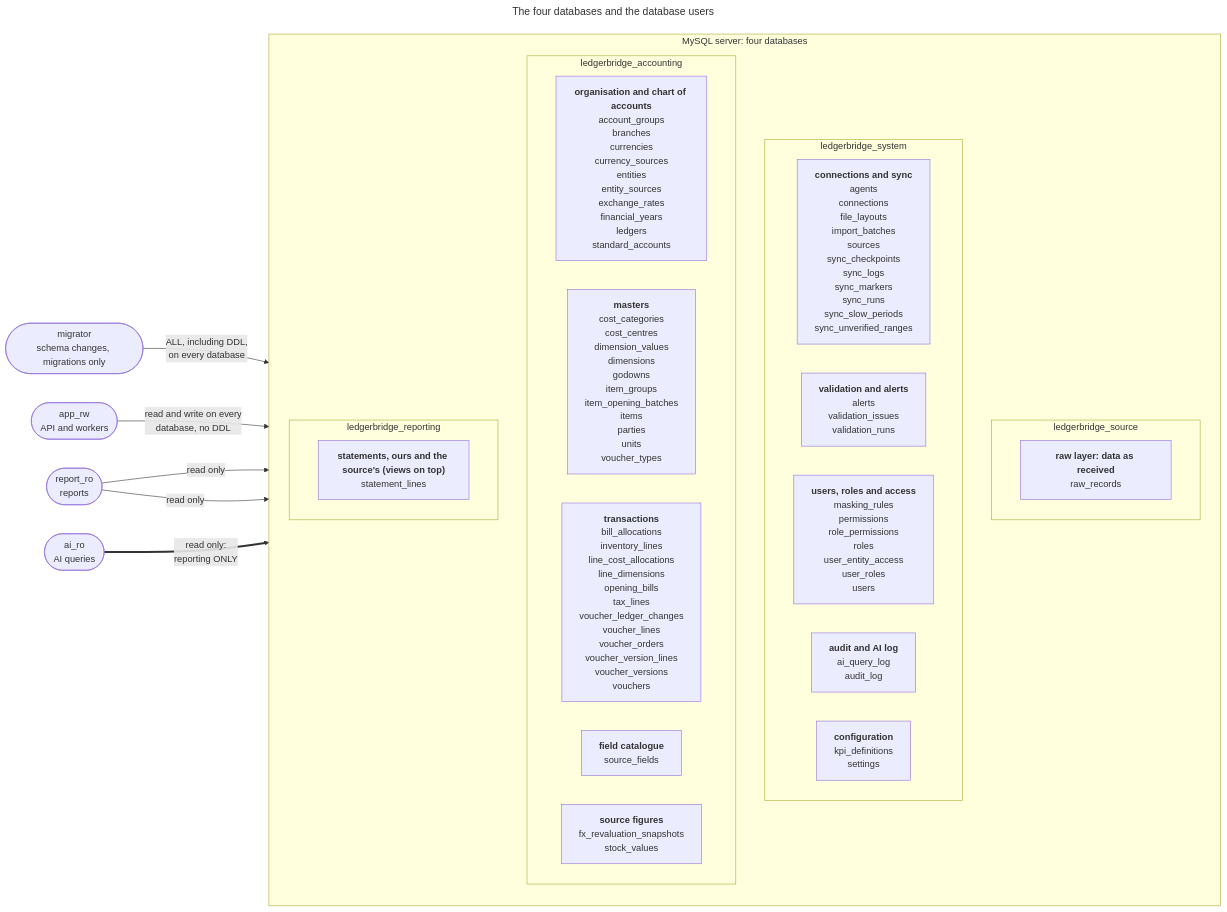
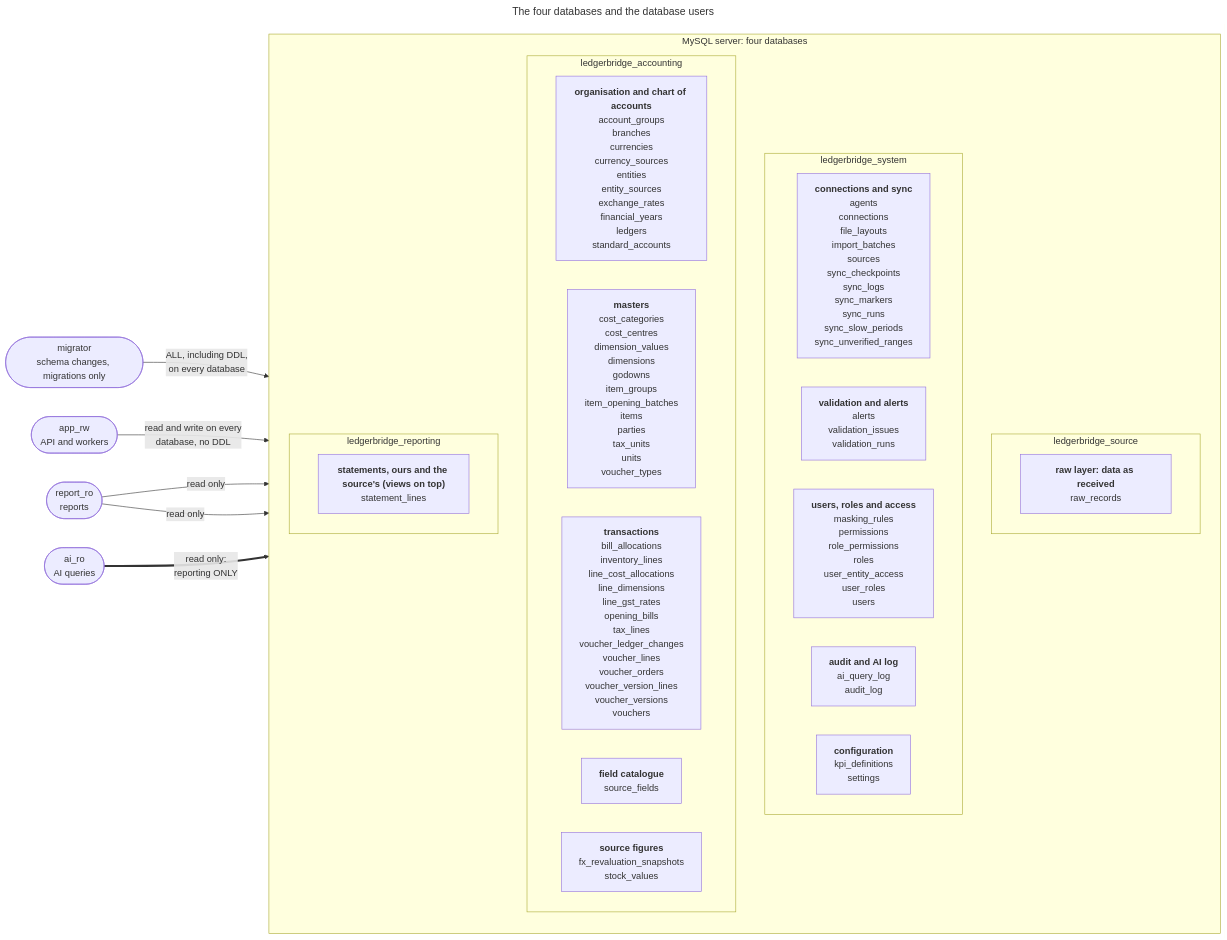
One commit to empirical-logic-2026/ledgerbridge changed the diagram in docs/diagrams/schema-databases.mmd. Above: the diagram before and after it, drawn with Mermaid. The commit also changed 34 other files, not shown here.

First line of the commit message:
Data completion part 5: GST details, tax units, GST columns and dataset

```diff
--- a/docs/diagrams/schema-databases.mmd
+++ b/docs/diagrams/schema-databases.mmd
@@ -1,38 +1,38 @@
 ---
 title: "The four databases and the database users"
 ---
 %% Generated by `python -m devtools.diagrams` from core/models: don't edit by hand.
 flowchart LR
     migrator(["migrator<br/>schema changes, migrations only"])
     app_rw(["app_rw<br/>API and workers"])
     report_ro(["report_ro<br/>reports"])
     ai_ro(["ai_ro<br/>AI queries"])
     subgraph mysql["MySQL server: four databases"]
     direction TB
     subgraph ledgerbridge_source["ledgerbridge_source"]
         ledgerbridge_source_1["<b>raw layer: data as received</b><br/>raw_records"]
     end
     subgraph ledgerbridge_system["ledgerbridge_system"]
         ledgerbridge_system_1["<b>connections and sync</b><br/>agents<br/>connections<br/>file_layouts<br/>import_batches<br/>sources<br/>sync_checkpoints<br/>sync_logs<br/>sync_markers<br/>sync_runs<br/>sync_slow_periods<br/>sync_unverified_ranges"]
         ledgerbridge_system_2["<b>validation and alerts</b><br/>alerts<br/>validation_issues<br/>validation_runs"]
         ledgerbridge_system_3["<b>users, roles and access</b><br/>masking_rules<br/>permissions<br/>role_permissions<br/>roles<br/>user_entity_access<br/>user_roles<br/>users"]
         ledgerbridge_system_4["<b>audit and AI log</b><br/>ai_query_log<br/>audit_log"]
         ledgerbridge_system_5["<b>configuration</b><br/>kpi_definitions<br/>settings"]
     end
     subgraph ledgerbridge_accounting["ledgerbridge_accounting"]
         ledgerbridge_accounting_1["<b>organisation and chart of accounts</b><br/>account_groups<br/>branches<br/>currencies<br/>currency_sources<br/>entities<br/>entity_sources<br/>exchange_rates<br/>financial_years<br/>ledgers<br/>standard_accounts"]
-        ledgerbridge_accounting_2["<b>masters</b><br/>cost_categories<br/>cost_centres<br/>dimension_values<br/>dimensions<br/>godowns<br/>item_groups<br/>item_opening_batches<br/>items<br/>parties<br/>units<br/>voucher_types"]
-        ledgerbridge_accounting_3["<b>transactions</b><br/>bill_allocations<br/>inventory_lines<br/>line_cost_allocations<br/>line_dimensions<br/>opening_bills<br/>tax_lines<br/>voucher_ledger_changes<br/>voucher_lines<br/>voucher_orders<br/>voucher_version_lines<br/>voucher_versions<br/>vouchers"]
+        ledgerbridge_accounting_2["<b>masters</b><br/>cost_categories<br/>cost_centres<br/>dimension_values<br/>dimensions<br/>godowns<br/>item_groups<br/>item_opening_batches<br/>items<br/>parties<br/>tax_units<br/>units<br/>voucher_types"]
+        ledgerbridge_accounting_3["<b>transactions</b><br/>bill_allocations<br/>inventory_lines<br/>line_cost_allocations<br/>line_dimensions<br/>line_gst_rates<br/>opening_bills<br/>tax_lines<br/>voucher_ledger_changes<br/>voucher_lines<br/>voucher_orders<br/>voucher_version_lines<br/>voucher_versions<br/>vouchers"]
         ledgerbridge_accounting_4["<b>field catalogue</b><br/>source_fields"]
         ledgerbridge_accounting_5["<b>source figures</b><br/>fx_revaluation_snapshots<br/>stock_values"]
     end
     subgraph ledgerbridge_reporting["ledgerbridge_reporting"]
         ledgerbridge_reporting_1["<b>statements, ours and the source's (views on top)</b><br/>statement_lines"]
     end
     end
     migrator -->|"ALL, including DDL,<br/>on every database"| mysql
     app_rw -->|"read and write on every<br/>database, no DDL"| mysql
     report_ro -->|"read only"| ledgerbridge_accounting
     report_ro -->|"read only"| ledgerbridge_reporting
     ai_ro ==>|"read only:<br/>reporting ONLY"| ledgerbridge_reporting
     classDef planned fill:#f3f4f6,stroke:#9ca3af,stroke-dasharray:5 5,color:#4b5563
```
